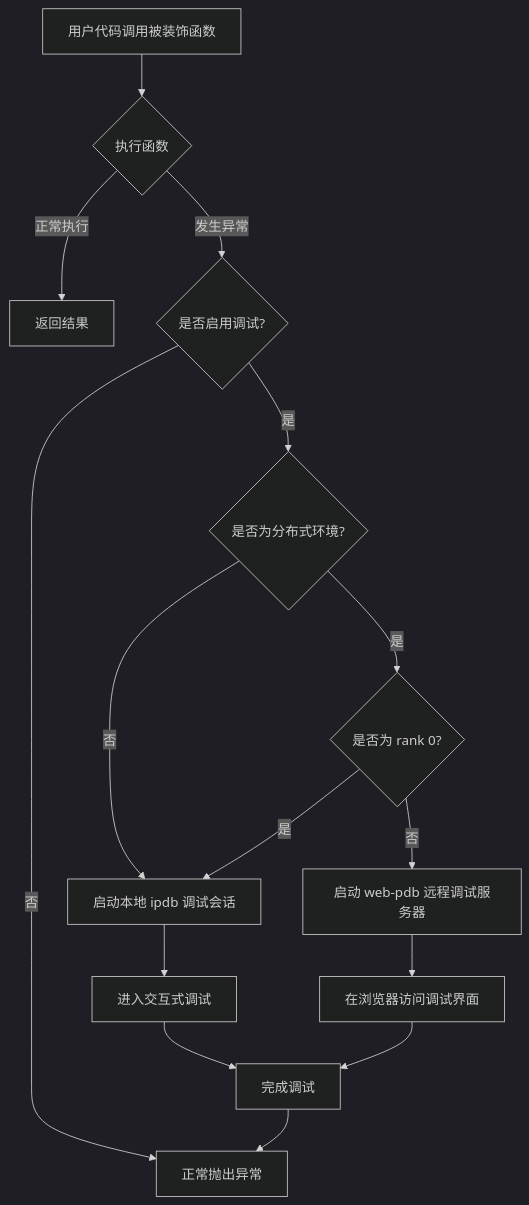
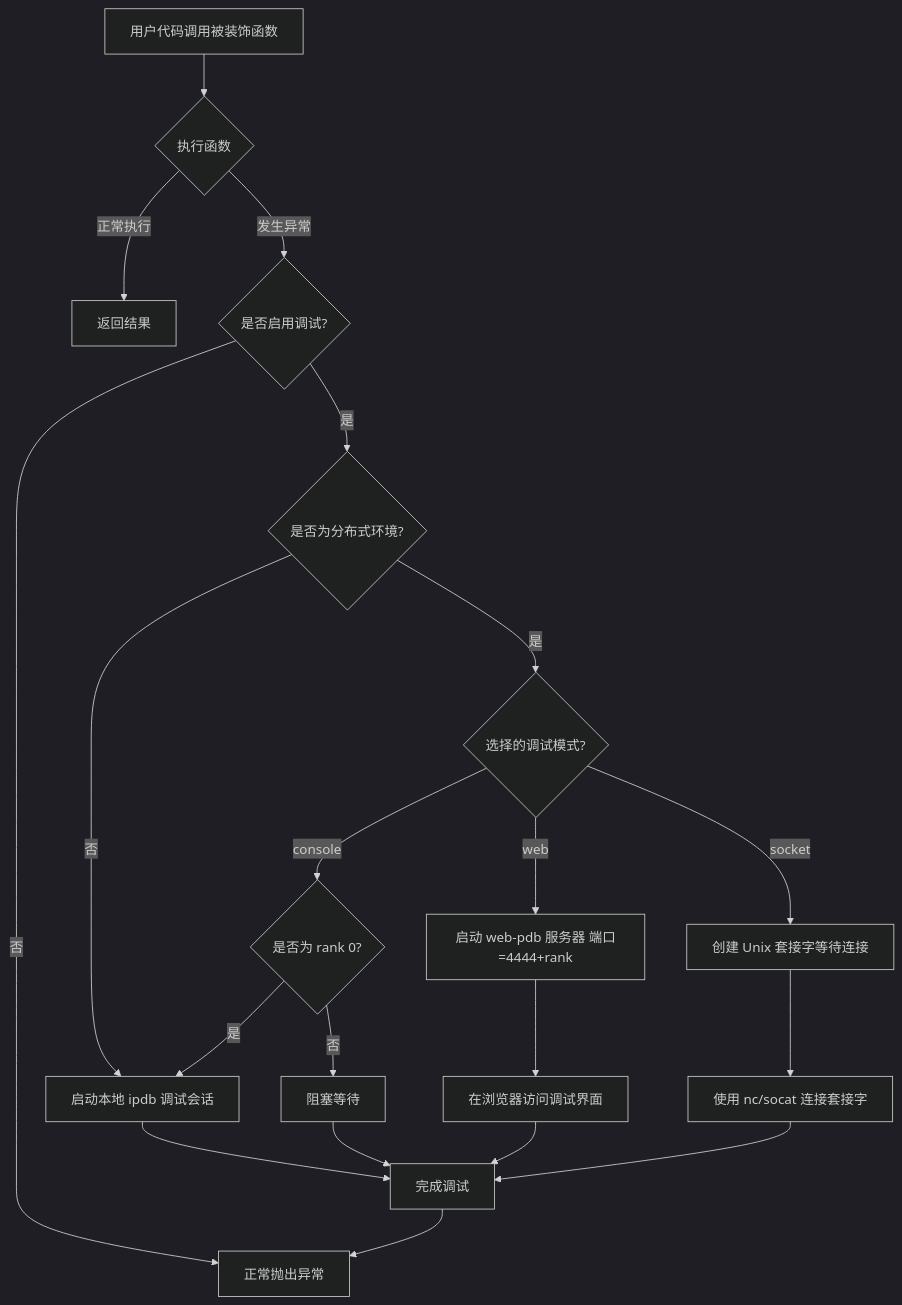
The first of 2 diagrams in examples/py_debug/readme.md (hhqx/py3_tools), drawn with Mermaid (dark theme) before and after one commit. The commit also changed other lines of this file, not shown here.

````diff
--- a/examples/py_debug/readme.md
+++ b/examples/py_debug/readme.md
@@ -164,17 +235,22 @@
 ```mermaid
 flowchart TD
     A[用户代码调用被装饰函数] --> B{执行函数}
     B -->|正常执行| C[返回结果]
     B -->|发生异常| D{是否启用调试?}
     D -->|否| E[正常抛出异常]
     D -->|是| F{是否为分布式环境?}
     F -->|否| G[启动本地 ipdb 调试会话]
-    F -->|是| H{是否为 rank 0?}
-    H -->|是| G
-    H -->|否| I[启动 web-pdb 远程调试服务器]
-    I --> J[在浏览器访问调试界面]
-    G --> K[进入交互式调试]
-    K --> L[完成调试]
-    J --> L
-    L --> E
+    F -->|是| H{选择的调试模式?}
+    H -->|console| I{是否为 rank 0?}
+    I -->|是| G
+    I -->|否| J[阻塞等待]
+    H -->|web| K[启动 web-pdb 服务器 端口=4444+rank]
+    H -->|socket| L[创建 Unix 套接字等待连接]
+    K --> M[在浏览器访问调试界面]
+    L --> N[使用 nc/socat 连接套接字]
+    G --> O[完成调试]
+    J --> O
+    M --> O
+    N --> O
+    O --> E
 ```
````
